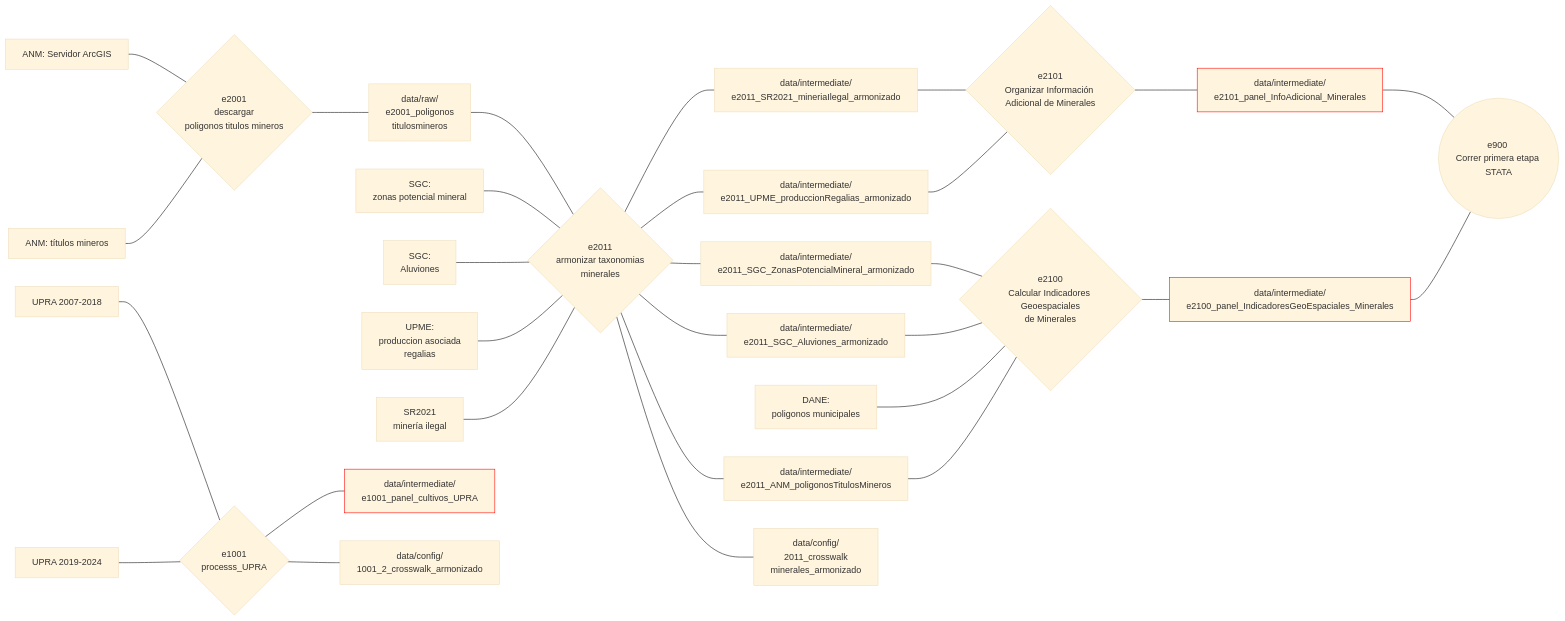
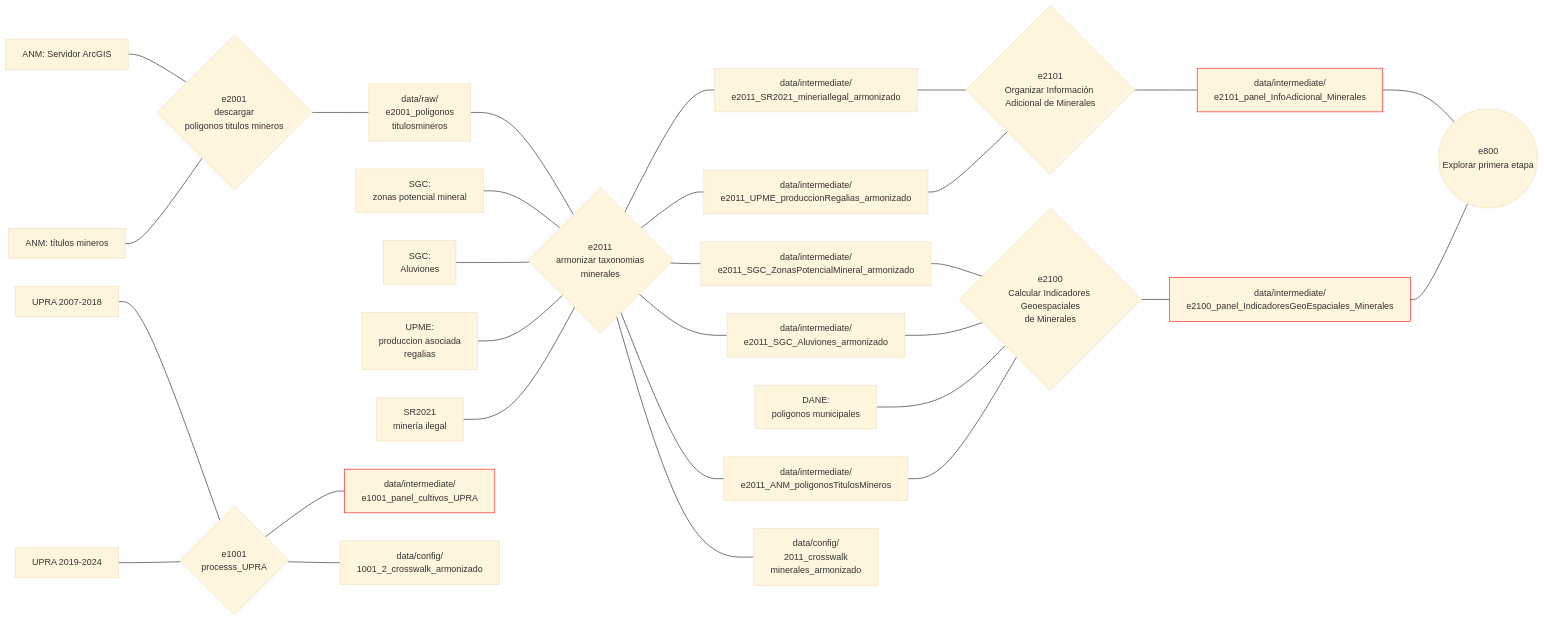
One commit to JC-AlfonsoR/PEG-mining-agriculture changed the diagram in README.md. Above: the diagram before and after it, drawn with Mermaid (base theme). The commit also changed 3 other files, not shown here.

First line of the commit message:
Avanzar integración con STATA para explorar primera etapa

````diff
--- a/README.md
+++ b/README.md
@@ -72,8 +72,8 @@
 de Minerales}
 e2101_organizar_informacionAdicional_minerales{e2101
 Organizar Información Adicional de Minerales}
-e900_correr_primera_etapa((e900 
-Correr primera etapa STATA))
+e800_explorar_primera_etapa((e800 
+Explorar primera etapa))
 
 %% conexiones
 
@@ -118,7 +118,7 @@
 
 
 %% Primera etapa STATA
-e2101_panel_InfoAdicional_Minerales---e900_correr_primera_etapa
-e2100_panel_IndicadoresGeoEspaciales_Minerales---e900_correr_primera_etapa
+e2101_panel_InfoAdicional_Minerales---e800_explorar_primera_etapa
+e2100_panel_IndicadoresGeoEspaciales_Minerales---e800_explorar_primera_etapa
 
 ```
````
